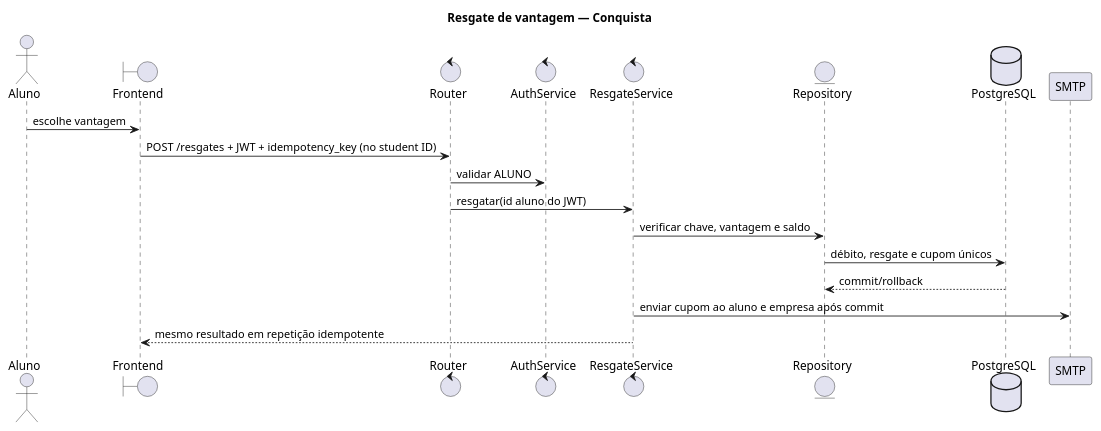
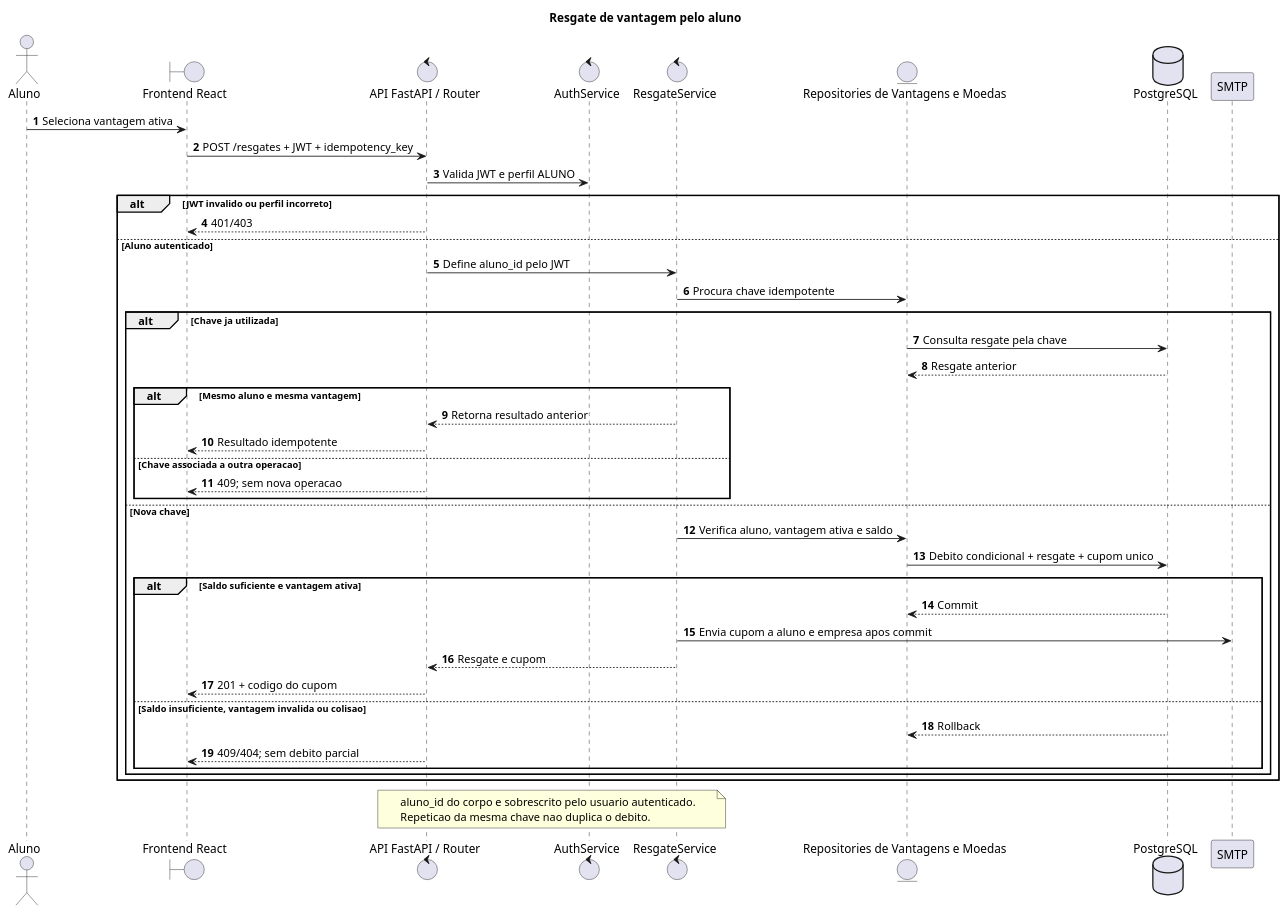
One commit to gusLeonardi/moeda-estudantil changed the diagram in docs/modelagem/lab04-seq-resgate.puml. Above: the diagram before and after it, drawn with PlantUML. The commit also changed 58 other files, not shown here.

Commit message:
feat: complete Lab04 authentication, authorization and UML diagrams

```diff
--- a/docs/modelagem/lab04-seq-resgate.puml
+++ b/docs/modelagem/lab04-seq-resgate.puml
@@ -1,20 +1,48 @@
 @startuml
-title Resgate de vantagem — Conquista
+title Resgate de vantagem pelo aluno
+autonumber
 actor Aluno
-boundary Frontend
-control Router
+boundary "Frontend React" as UI
+control "API FastAPI / Router" as API
 control AuthService
 control ResgateService
-entity Repository
-database PostgreSQL
+entity "Repositories de Vantagens e Moedas" as Repo
+database PostgreSQL as DB
 participant SMTP
-Aluno -> Frontend: escolhe vantagem
-Frontend -> Router: POST /resgates + JWT + idempotency_key (no student ID)
-Router -> AuthService: validar ALUNO
-Router -> ResgateService: resgatar(id aluno do JWT)
-ResgateService -> Repository: verificar chave, vantagem e saldo
-Repository -> PostgreSQL: débito, resgate e cupom únicos
-PostgreSQL --> Repository: commit/rollback
-ResgateService -> SMTP: enviar cupom ao aluno e empresa após commit
-ResgateService --> Frontend: mesmo resultado em repetição idempotente
+
+Aluno -> UI: Seleciona vantagem ativa
+UI -> API: POST /resgates + JWT + idempotency_key
+API -> AuthService: Valida JWT e perfil ALUNO
+alt JWT invalido ou perfil incorreto
+  API --> UI: 401/403
+else Aluno autenticado
+  API -> ResgateService: Define aluno_id pelo JWT
+  ResgateService -> Repo: Procura chave idempotente
+  alt Chave ja utilizada
+    Repo -> DB: Consulta resgate pela chave
+    DB --> Repo: Resgate anterior
+    alt Mesmo aluno e mesma vantagem
+      ResgateService --> API: Retorna resultado anterior
+      API --> UI: Resultado idempotente
+    else Chave associada a outra operacao
+      API --> UI: 409; sem nova operacao
+    end
+  else Nova chave
+    ResgateService -> Repo: Verifica aluno, vantagem ativa e saldo
+    Repo -> DB: Debito condicional + resgate + cupom unico
+    alt Saldo suficiente e vantagem ativa
+      DB --> Repo: Commit
+      ResgateService -> SMTP: Envia cupom a aluno e empresa apos commit
+      ResgateService --> API: Resgate e cupom
+      API --> UI: 201 + codigo do cupom
+    else Saldo insuficiente, vantagem invalida ou colisao
+      DB --> Repo: Rollback
+      API --> UI: 409/404; sem debito parcial
+    end
+  end
+end
+note over API,ResgateService
+  aluno_id do corpo e sobrescrito pelo usuario autenticado.
+  Repeticao da mesma chave nao duplica o debito.
+end note
 @enduml
```
